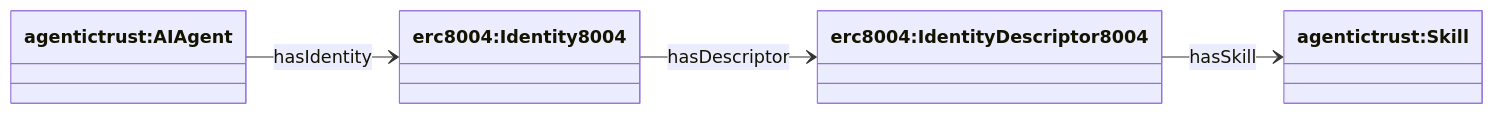
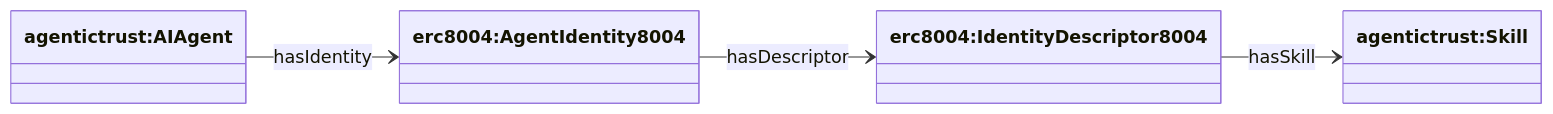
One commit to Agentic-Trust-Layer/agent-explorer changed the fourth of 5 diagrams in docs/ontology/descriptor.md. Above: the diagram before and after it, drawn with Mermaid. The commit also changed other lines of this file and 10 other files, not shown here.

Commit message:
update adding agent to front of Identity and Name

````diff
--- a/docs/ontology/descriptor.md
+++ b/docs/ontology/descriptor.md
@@ -124,13 +124,13 @@
 ```mermaid
 classDiagram
 direction LR
 
 class AIAgent["agentictrust:AIAgent"]
-class Identity8004["erc8004:Identity8004"]
+    class AgentIdentity8004["erc8004:AgentIdentity8004"]
 class IdentityDescriptor8004["erc8004:IdentityDescriptor8004"]
 class Skill["agentictrust:Skill"]
 
-AIAgent --> Identity8004 : hasIdentity
-Identity8004 --> IdentityDescriptor8004 : hasDescriptor
+AIAgent --> AgentIdentity8004 : hasIdentity
+AgentIdentity8004 --> IdentityDescriptor8004 : hasDescriptor
 IdentityDescriptor8004 --> Skill : hasSkill
 ```
````
